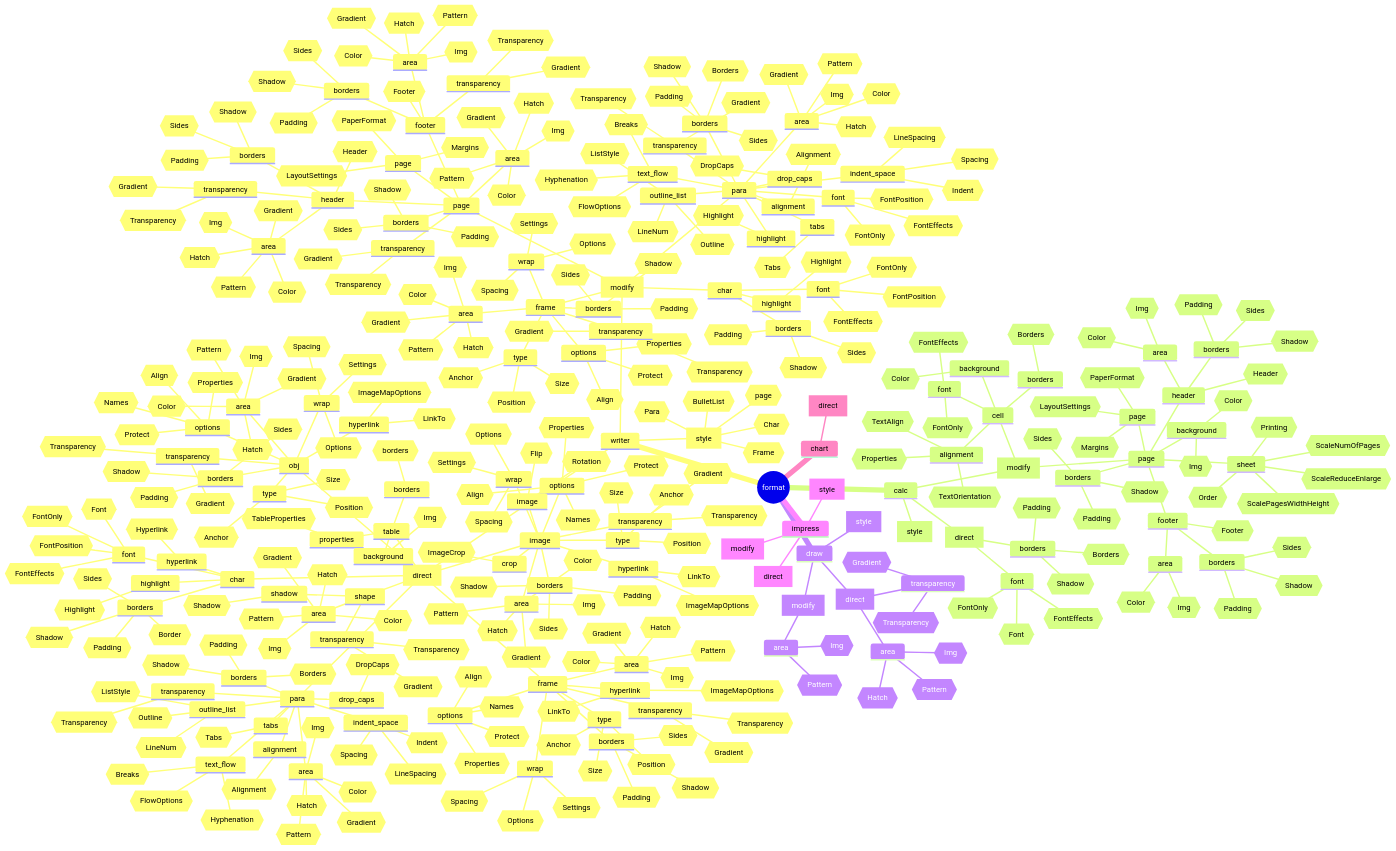
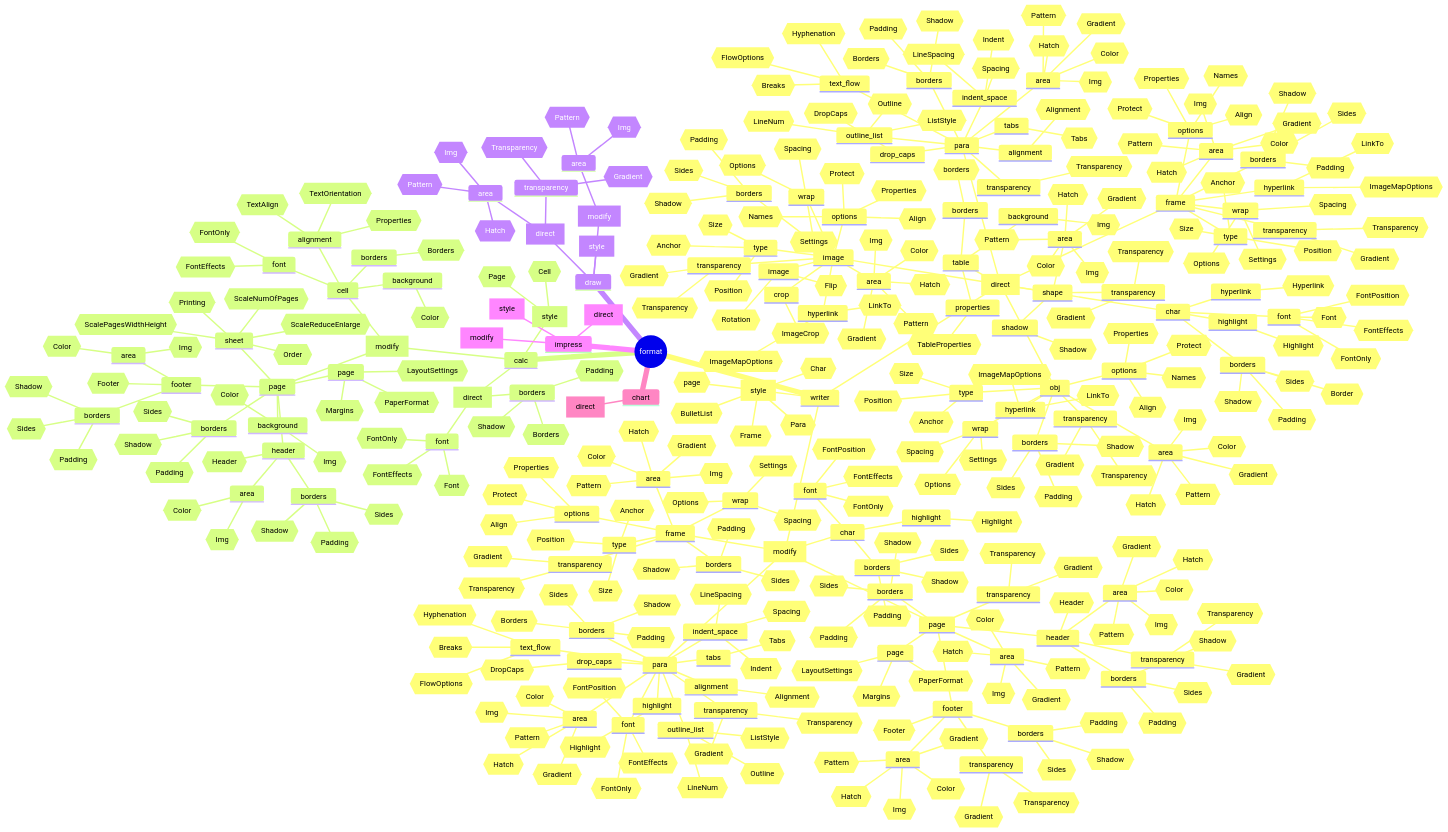
The diagram in ooodev/format/readme.md (Amourspirit/python_ooo_dev_tools), drawn with Mermaid before and after one commit. The commit also changed 7 other files, not shown here.

```diff
--- a/ooodev/format/readme.md
+++ b/ooodev/format/readme.md
@@ -357,6 +357,8 @@
                         id{{ScaleNumOfPages}}
                         id{{ScalePagesWidthHeight}}
             [style]
+                id{{Cell}}
+                id{{Page}}
         draw
             [direct]
                 area
```
